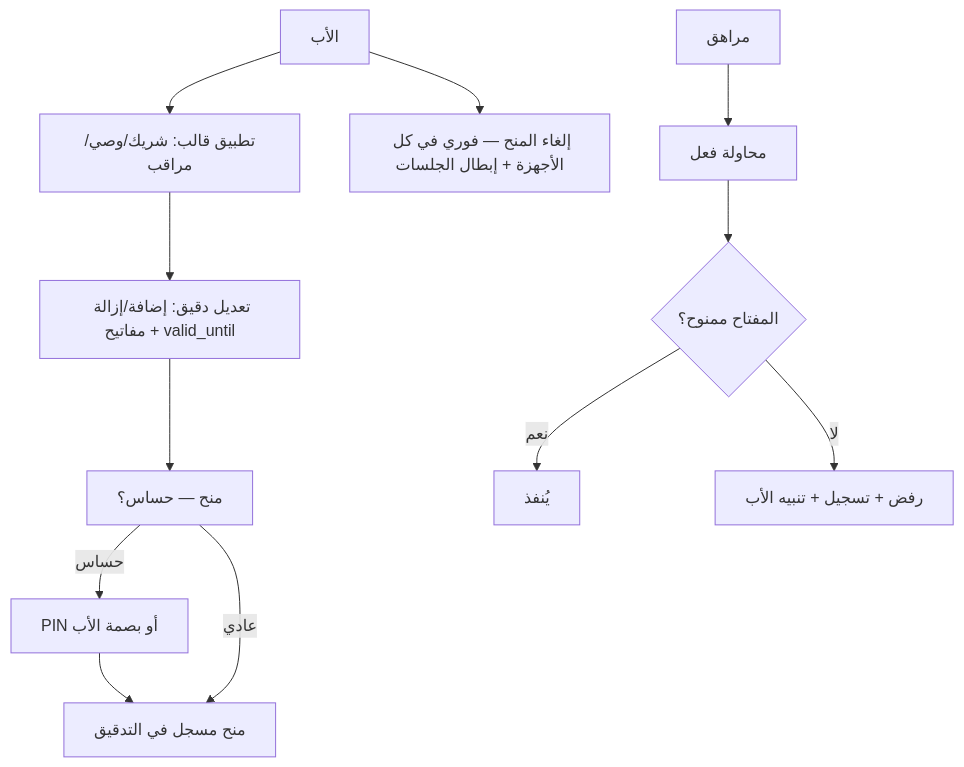
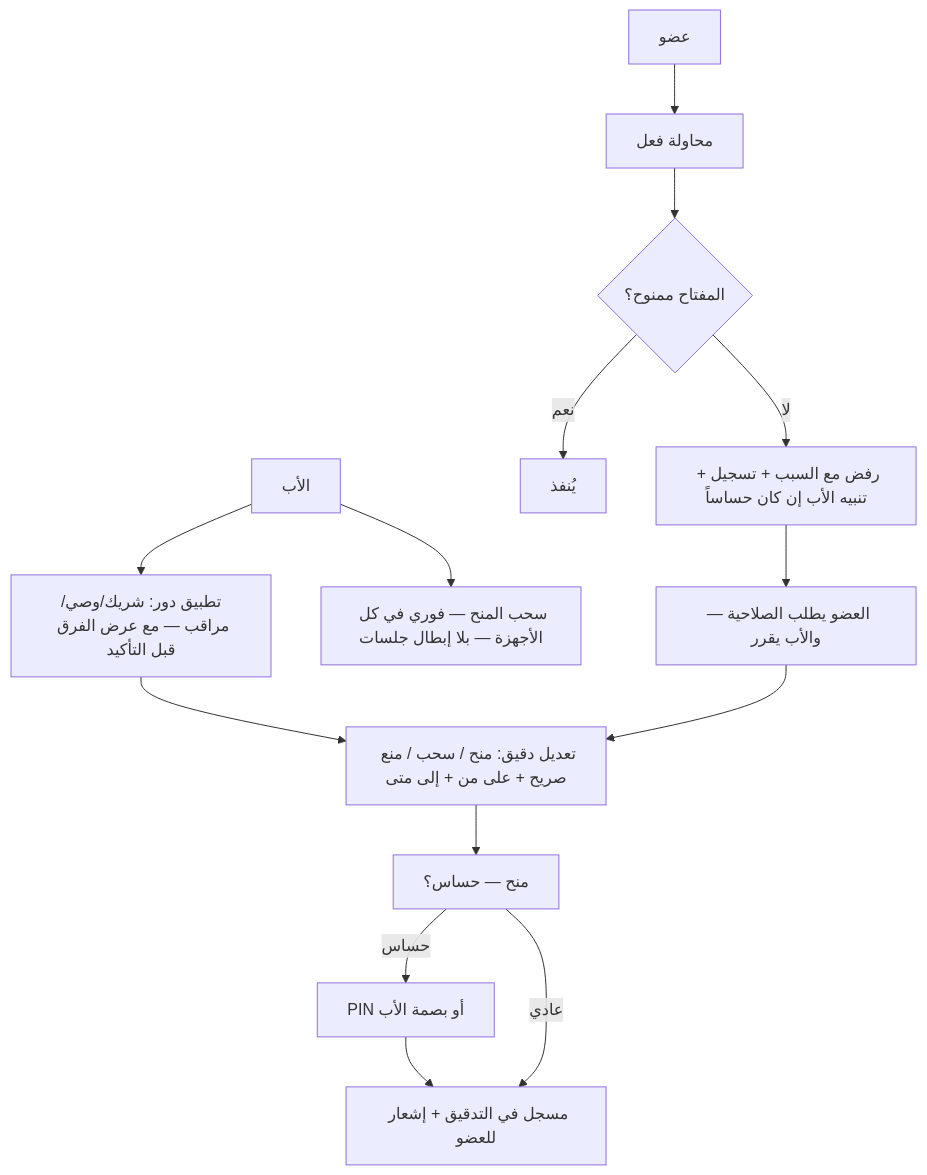
One commit to Bassam-mohammed-alqaeadi/family-os-v2 changed the eighth of 8 diagrams in docs/family-os/governance/phases/phase-1/S1-03-family-roles-and-permissions/SPEC.md. Above: the diagram before and after it, drawn with Mermaid. The commit also changed other lines of this file and 13 other files, not shown here.

````diff
--- a/docs/family-os/governance/phases/phase-1/S1-03-family-roles-and-permissions/SPEC.md
+++ b/docs/family-os/governance/phases/phase-1/S1-03-family-roles-and-permissions/SPEC.md
@@ -183,14 +188,16 @@
 ```mermaid
 flowchart TD
-    Father[الأب] --> Apply[تطبيق قالب: شريك/وصي/مراقب]
-    Apply --> Edit[تعديل دقيق: إضافة/إزالة مفاتيح + valid_until]
+    Father[الأب] --> Apply[تطبيق دور: شريك/وصي/مراقب — مع عرض الفرق قبل التأكيد]
+    Apply --> Edit[تعديل دقيق: منح / سحب / منع صريح + على من + إلى متى]
     Edit --> Grant[منح — حساس؟]
     Grant -->|حساس| Verify[PIN أو بصمة الأب]
-    Grant -->|عادي| Done[منح مسجل في التدقيق]
+    Grant -->|عادي| Done[مسجل في التدقيق + إشعار للعضو]
     Verify --> Done
-    Teen[مراهق] --> Try[محاولة فعل]
+    Member[عضو] --> Try[محاولة فعل]
     Try --> Check{المفتاح ممنوح؟}
     Check -->|نعم| Allow[يُنفذ]
-    Check -->|لا| Deny[رفض + تسجيل + تنبيه الأب]
-    Father --> Revoke[إلغاء المنح — فوري في كل الأجهزة + إبطال الجلسات]
+    Check -->|لا| Deny[رفض مع السبب + تسجيل + تنبيه الأب إن كان حساساً]
+    Deny --> Ask[العضو يطلب الصلاحية — والأب يقرر]
+    Ask --> Edit
+    Father --> Revoke[سحب المنح — فوري في كل الأجهزة — بلا إبطال جلسات]
 ```
````
